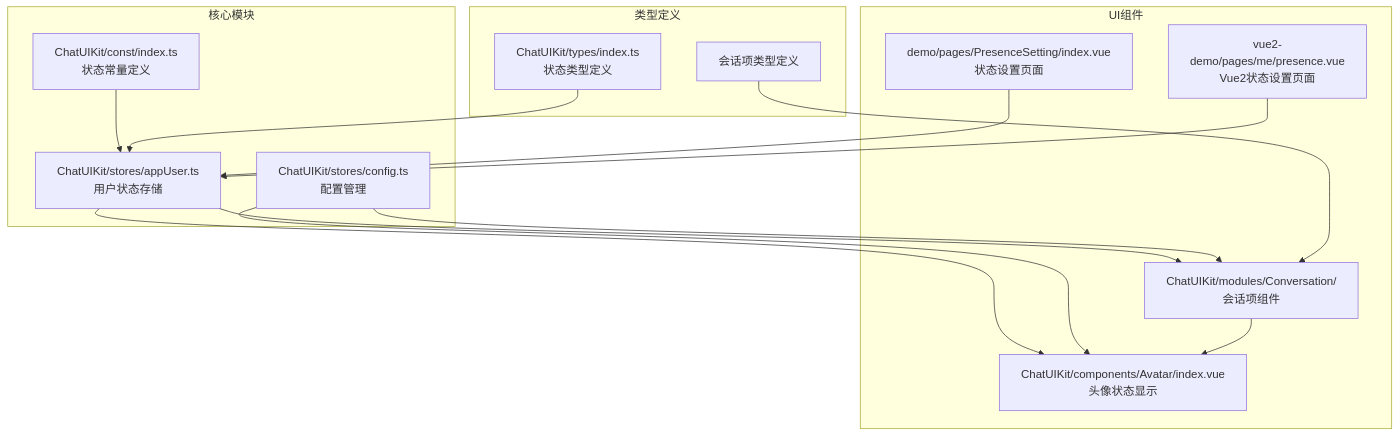
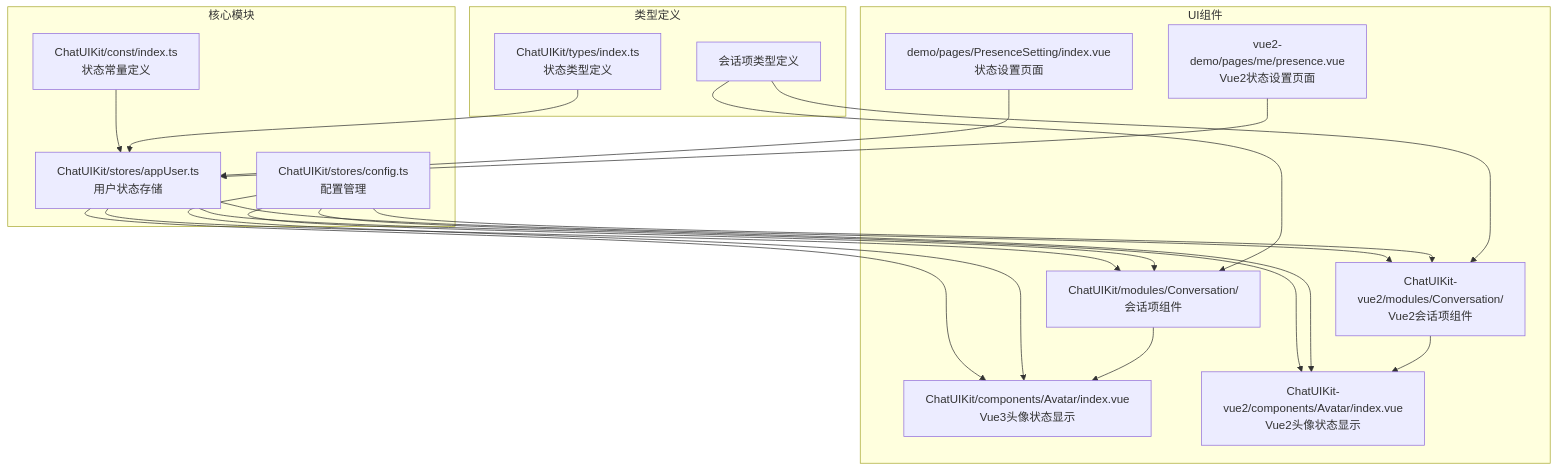
One commit to Easemob-Community/easemob-uikit-uniapp-community changed the first of 11 diagrams in .qoder/repowiki/zh/content/Presence Indicator Controls.md. Above: the diagram before and after it, drawn with Mermaid. The commit also changed other lines of this file and 4 other files, not shown here.

````diff
--- a/.qoder/repowiki/zh/content/Presence Indicator Controls.md
+++ b/.qoder/repowiki/zh/content/Presence Indicator Controls.md
@@ -46,28 +49,36 @@
 ```mermaid
 graph TB
 subgraph "核心模块"
 A[ChatUIKit/const/index.ts<br/>状态常量定义]
 B[ChatUIKit/stores/appUser.ts<br/>用户状态存储]
 C[ChatUIKit/stores/config.ts<br/>配置管理]
 end
 subgraph "UI组件"
-D[ChatUIKit/components/Avatar/index.vue<br/>头像状态显示]
+D[ChatUIKit/components/Avatar/index.vue<br/>Vue3头像状态显示]
 E[ChatUIKit/modules/Conversation/<br/>会话项组件]
-F[demo/pages/PresenceSetting/index.vue<br/>状态设置页面]
-G[vue2-demo/pages/me/presence.vue<br/>Vue2状态设置页面]
+F[ChatUIKit-vue2/components/Avatar/index.vue<br/>Vue2头像状态显示]
+G[ChatUIKit-vue2/modules/Conversation/<br/>Vue2会话项组件]
+H[demo/pages/PresenceSetting/index.vue<br/>状态设置页面]
+I[vue2-demo/pages/me/presence.vue<br/>Vue2状态设置页面]
 end
 subgraph "类型定义"
-H[ChatUIKit/types/index.ts<br/>状态类型定义]
-I[会话项类型定义]
+J[ChatUIKit/types/index.ts<br/>状态类型定义]
+K[会话项类型定义]
 end
 A --> B
 B --> D
 B --> E
+B --> F
+B --> G
 C --> D
 C --> E
+C --> F
+C --> G
 E --> D
-F --> B
-G --> B
+G --> F
 H --> B
-I --> E
+I --> B
+J --> B
+K --> E
+K --> G
 ```
````
